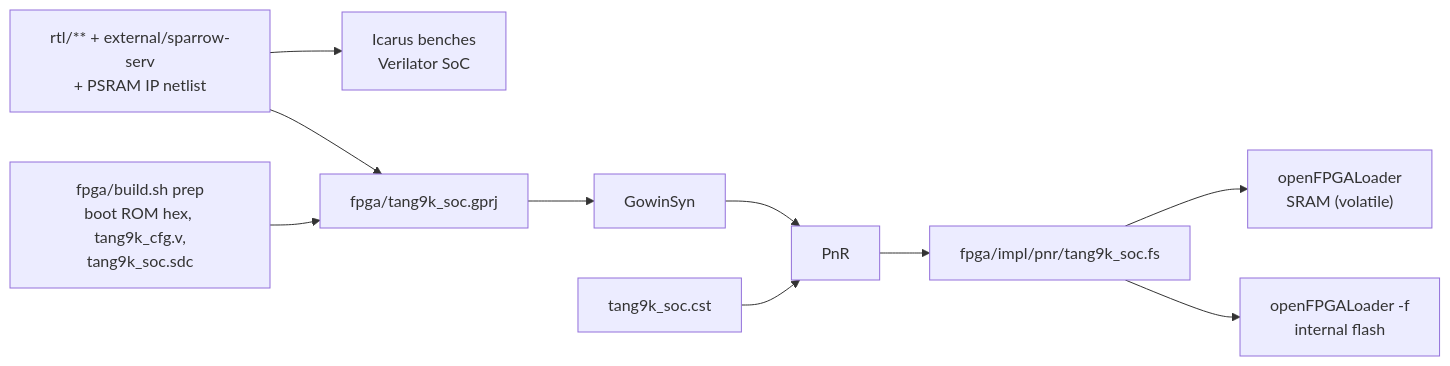
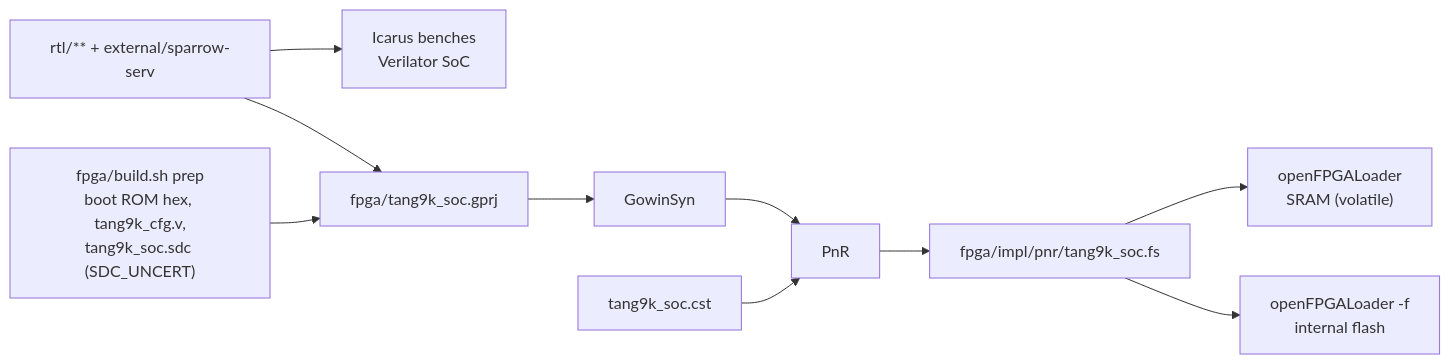
The fifth of 5 diagrams in doc/01-architecture.md (phoenix367/tang_nano_9K_linux), drawn with Mermaid before and after one commit. The commit also changed other lines of this file and 37 other files, not shown here.

````diff
--- a/doc/01-architecture.md
+++ b/doc/01-architecture.md
@@ -708,12 +762,12 @@
 ```mermaid
 flowchart LR
-  RTL["rtl/** + external/sparrow-serv<br/>+ PSRAM IP netlist"] --> SIM["Icarus benches<br/>Verilator SoC"]
-  PREP["fpga/build.sh prep<br/>boot ROM hex, tang9k_cfg.v,<br/>tang9k_soc.sdc"] --> PRJ
+  RTL["rtl/** + external/sparrow-serv"] --> SIM["Icarus benches<br/>Verilator SoC"]
+  PREP["fpga/build.sh prep<br/>boot ROM hex, tang9k_cfg.v,<br/>tang9k_soc.sdc (SDC_UNCERT)"] --> PRJ
   RTL --> PRJ["fpga/tang9k_soc.gprj"]
   PRJ --> SYN["GowinSyn"]
   CST["tang9k_soc.cst"] --> PNR
   SYN --> PNR["PnR"]
   PNR --> FS["fpga/impl/pnr/tang9k_soc.fs"]
   FS --> SRAM["openFPGALoader<br/>SRAM (volatile)"]
   FS --> IFL["openFPGALoader -f<br/>internal flash"]
 ```
````
